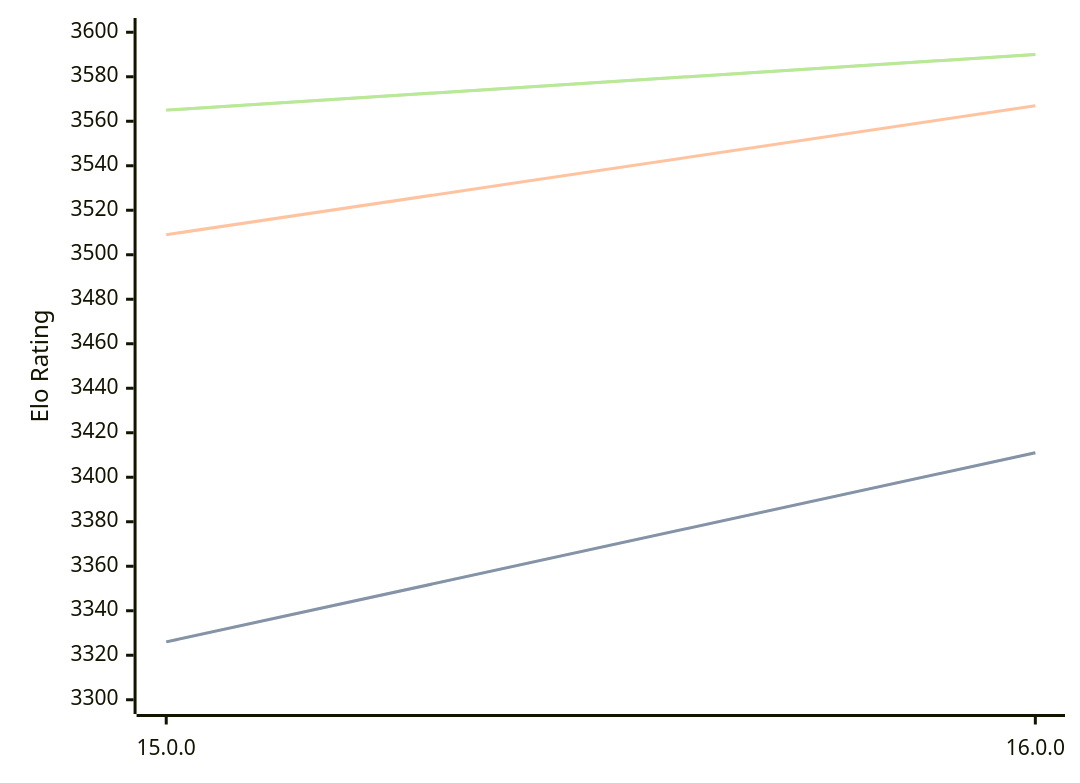
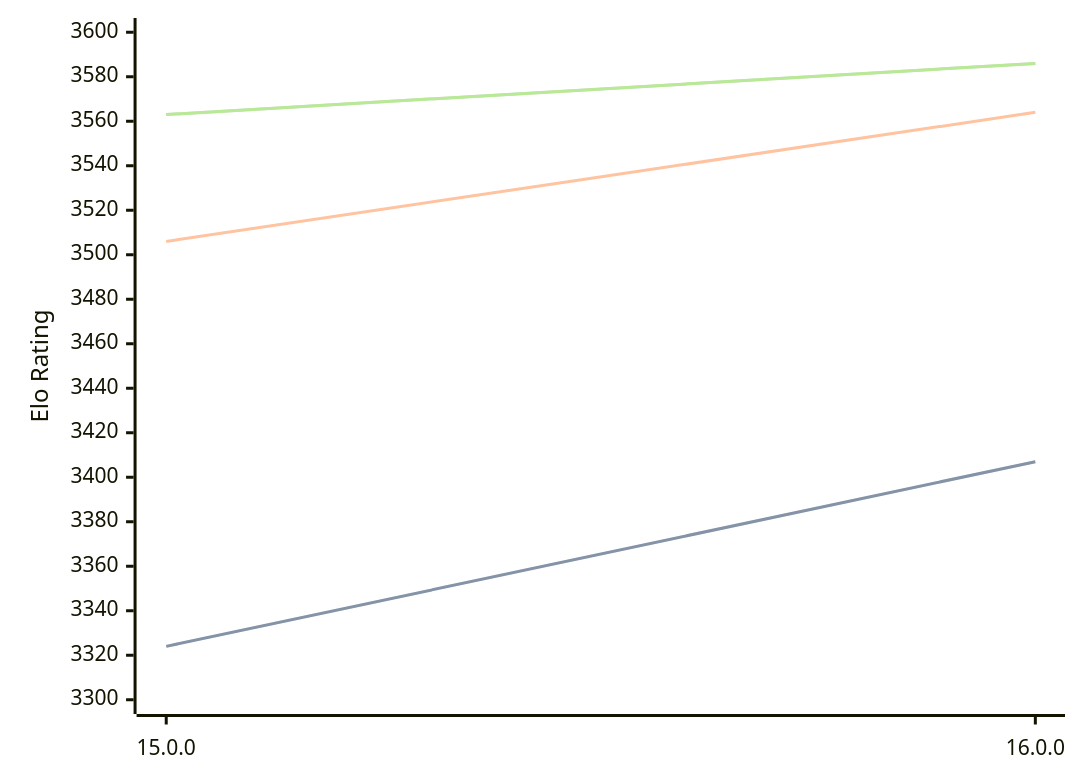
The diagram in engines/Halogen.md (computer-chess-index/cci), drawn with Mermaid before and after one commit. The commit also changed other lines of this file, not shown here.

Commit message:
Update CCI Ratings (ELO VLTC) - 2026-03-10

````diff
--- a/engines/Halogen.md
+++ b/engines/Halogen.md
@@ -48,11 +48,11 @@
 ```mermaid
 %%{init: {"theme":"base","themeVariables":{"seriesColors:['#a3a3a3','#222221','#faa371']}}}%%
 xychart-beta
   x-axis ["15.0.0", "16.0.0"]
   y-axis "Elo Rating" 3300 --> 3600
-  line "STC (8.0+0.08s)" [3326, 3411]
-  line "STC (8.0+0.08s)" [3326, 3411]
-  line "LTC (60.0+0.60s)" [3509, 3567]
-  line "VLTC (2m24s+1.12s)" [3565, 3590]
-  line "VLTC (2m24s+1.12s)" [3565, 3590]
+  line "STC (8.0+0.08s)" [3324, 3407]
+  line "STC (8.0+0.08s)" [3324, 3407]
+  line "LTC (60.0+0.60s)" [3506, 3564]
+  line "VLTC (2m24s+1.12s)" [3563, 3586]
+  line "VLTC (2m24s+1.12s)" [3563, 3586]
 ```
````
